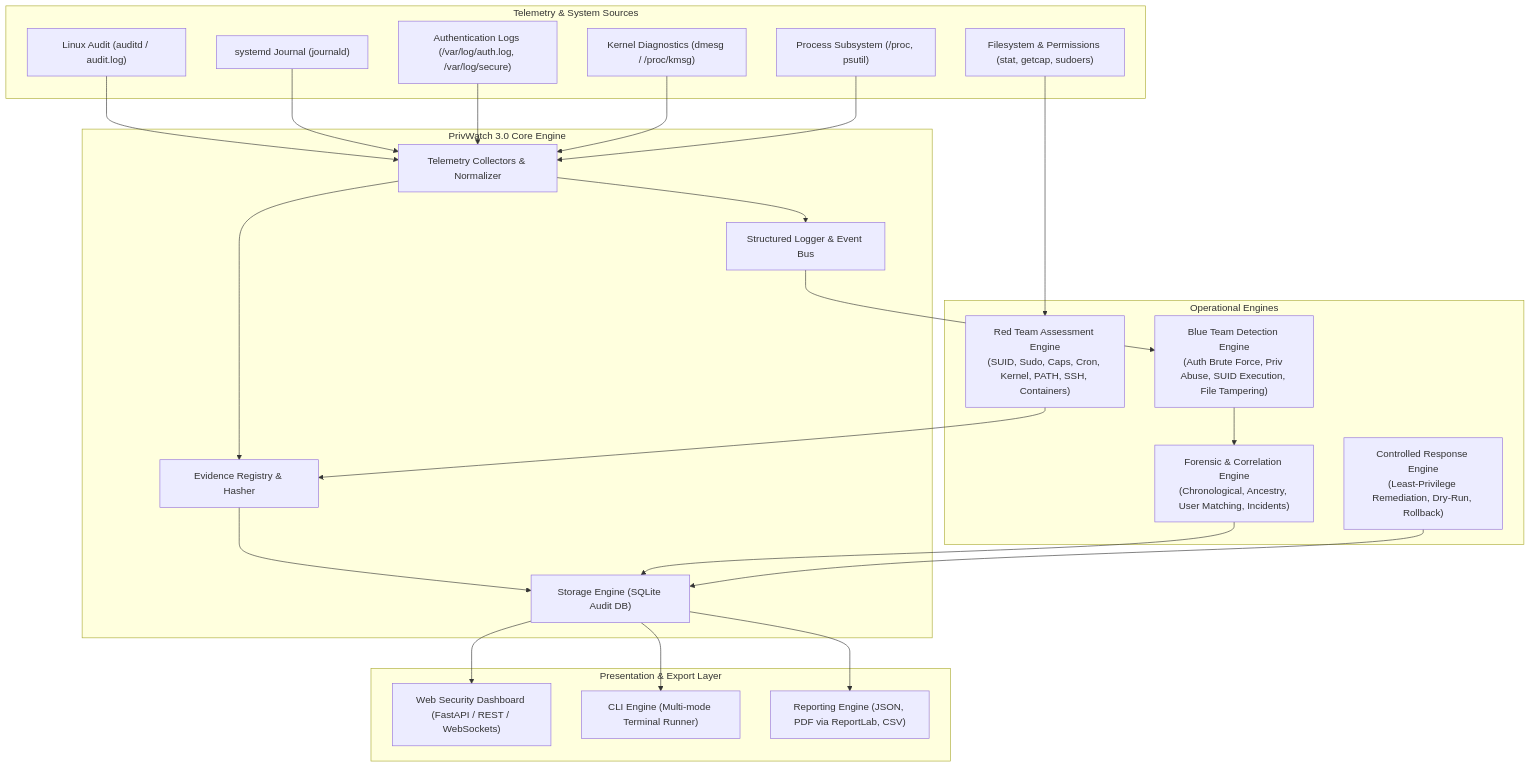
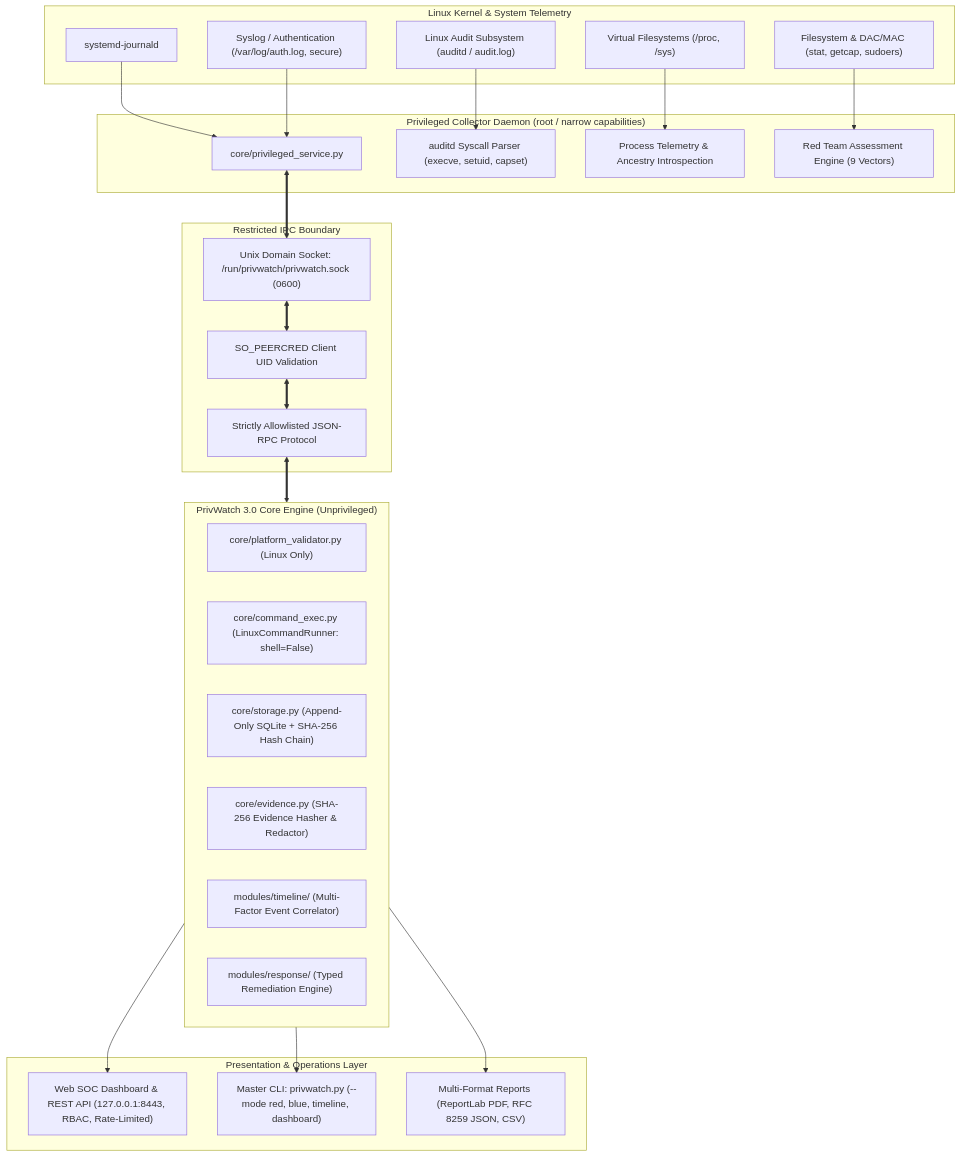
One commit to gokullaxman/privwatch changed the diagram in docs/PRIVWATCH_3_ARCHITECTURE.md. Above: the diagram before and after it, drawn with Mermaid. The commit also changed other lines of this file and 35 other files, not shown here.

Commit message:
PrivWatch 3.0.1: Hardened Linux-native transformation, shell=False enforcement, API security, and privilege separation

````diff
--- a/docs/PRIVWATCH_3_ARCHITECTURE.md
+++ b/docs/PRIVWATCH_3_ARCHITECTURE.md
@@ -23,51 +25,53 @@
 ```mermaid
 flowchart TD
-    subgraph Input ["Telemetry & System Sources"]
-        A1["Linux Audit (auditd / audit.log)"]
-        A2["systemd Journal (journald)"]
-        A3["Authentication Logs (/var/log/auth.log, /var/log/secure)"]
-        A4["Kernel Diagnostics (dmesg / /proc/kmsg)"]
-        A5["Process Subsystem (/proc, psutil)"]
-        A6["Filesystem & Permissions (stat, getcap, sudoers)"]
+    subgraph KernelSpace ["Linux Kernel & System Telemetry"]
+        K1["Linux Audit Subsystem (auditd / audit.log)"]
+        K2["systemd-journald"]
+        K3["Syslog / Authentication (/var/log/auth.log, secure)"]
+        K4["Virtual Filesystems (/proc, /sys)"]
+        K5["Filesystem & DAC/MAC (stat, getcap, sudoers)"]
     end
 
-    subgraph CoreEngine ["PrivWatch 3.0 Core Engine"]
-        B1["Telemetry Collectors & Normalizer"]
-        B2["Evidence Registry & Hasher"]
-        B3["Structured Logger & Event Bus"]
-        B4["Storage Engine (SQLite Audit DB)"]
+    subgraph PrivilegedTier ["Privileged Collector Daemon (root / narrow capabilities)"]
+        P1["core/privileged_service.py"]
+        P2["auditd Syscall Parser (execve, setuid, capset)"]
+        P3["Process Telemetry & Ancestry Introspection"]
+        P4["Red Team Assessment Engine (9 Vectors)"]
     end
 
-    subgraph Engines ["Operational Engines"]
-        C1["Red Team Assessment Engine\n(SUID, Sudo, Caps, Cron, Kernel, PATH, SSH, Containers)"]
-        C2["Blue Team Detection Engine\n(Auth Brute Force, Priv Abuse, SUID Execution, File Tampering)"]
-        C3["Forensic & Correlation Engine\n(Chronological, Ancestry, User Matching, Incidents)"]
-        C4["Controlled Response Engine\n(Least-Privilege Remediation, Dry-Run, Rollback)"]
+    subgraph IPC ["Restricted IPC Boundary"]
+        S1["Unix Domain Socket: /run/privwatch/privwatch.sock (0600)"]
+        S2["SO_PEERCRED Client UID Validation"]
+        S3["Strictly Allowlisted JSON-RPC Protocol"]
     end
 
-    subgraph Presentation ["Presentation & Export Layer"]
-        D1["Web Security Dashboard (FastAPI / REST / WebSockets)"]
-        D2["CLI Engine (Multi-mode Terminal Runner)"]
-        D3["Reporting Engine (JSON, PDF via ReportLab, CSV)"]
+    subgraph CoreEngine ["PrivWatch 3.0 Core Engine (Unprivileged)"]
+        B1["core/platform_validator.py (Linux Only)"]
+        B2["core/command_exec.py (LinuxCommandRunner: shell=False)"]
+        B3["core/storage.py (Append-Only SQLite + SHA-256 Hash Chain)"]
+        B4["core/evidence.py (SHA-256 Evidence Hasher & Redactor)"]
+        B5["modules/timeline/ (Multi-Factor Event Correlator)"]
+        B6["modules/response/ (Typed Remediation Engine)"]
     end
 
-    A1 --> B1
-    A2 --> B1
-    A3 --> B1
-    A4 --> B1
-    A5 --> B1
-    A6 --> C1
+    subgraph Presentation ["Presentation & Operations Layer"]
+        D1["Web SOC Dashboard & REST API (127.0.0.1:8443, RBAC, Rate-Limited)"]
+        D2["Master CLI: privwatch.py (--mode red, blue, timeline, dashboard)"]
+        D3["Multi-Format Reports (ReportLab PDF, RFC 8259 JSON, CSV)"]
+    end
 
-    B1 --> B2
-    B1 --> B3
-    B2 --> B4
-    B3 --> C2
-    C1 --> B2
-    C2 --> C3
-    C3 --> B4
-    C4 --> B4
+    K1 --> P2
+    K2 --> P1
+    K3 --> P1
+    K4 --> P3
+    K5 --> P4
 
-    B4 --> D1
-    B4 --> D2
-    B4 --> D3
+    P1 <==> S1
+    S1 <==> S2
+    S2 <==> S3
+    S3 <==> CoreEngine
+
+    CoreEngine --> D1
+    CoreEngine --> D2
+    CoreEngine --> D3
 ```
````
